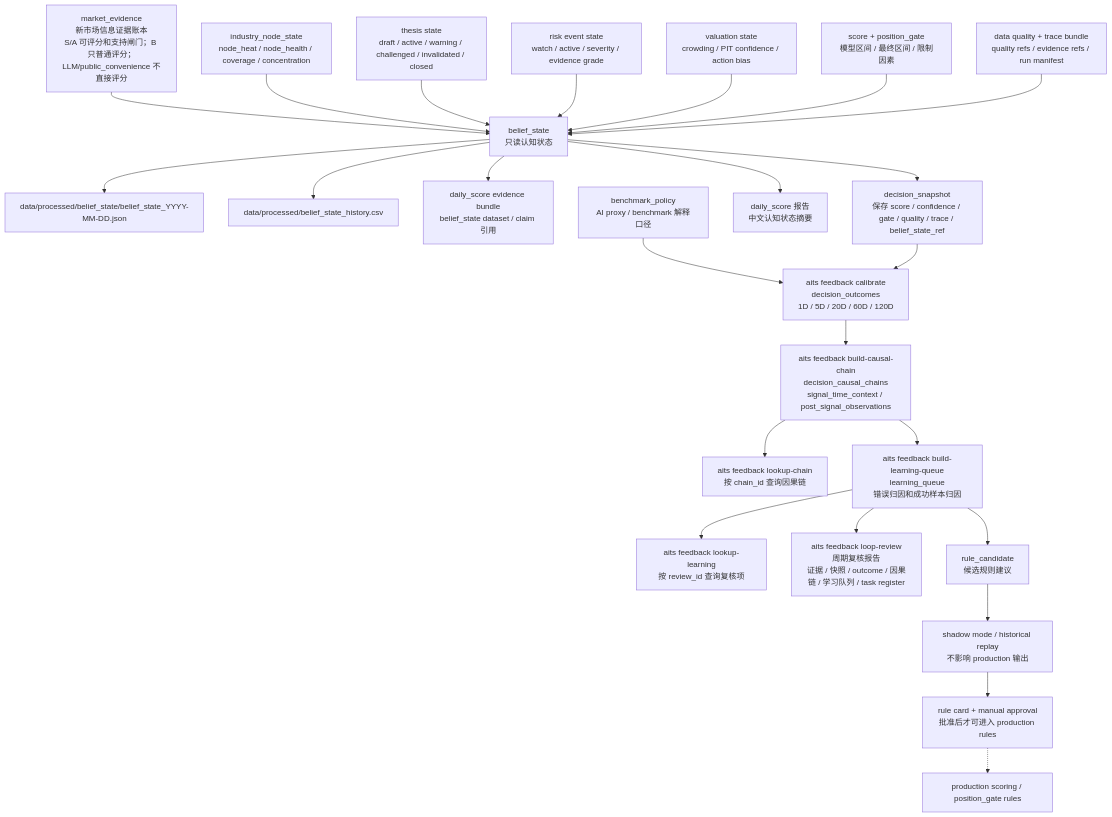
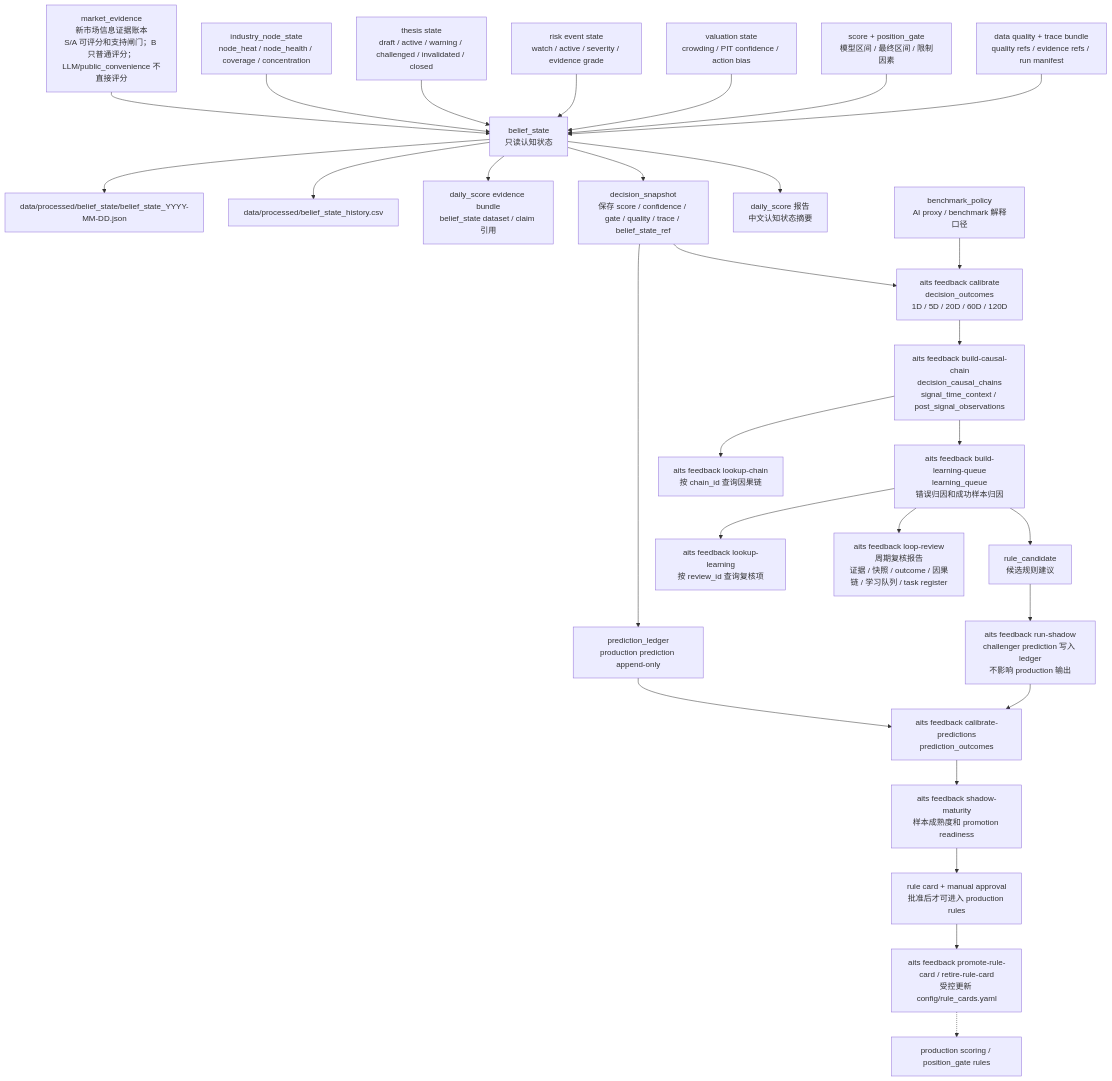
The fifth of 6 diagrams in docs/system_flow.md (AI-Trading-Collaboration/AITradingSystem), drawn with Mermaid before and after one commit. The commit also changed other lines of this file and 13 other files, not shown here.

Commit message:
feat: complete PIT shadow promotion workflow

````diff
--- a/docs/system_flow.md
+++ b/docs/system_flow.md
@@ -896,29 +901,34 @@
 ```mermaid
 flowchart TD
     E0["market_evidence<br/>新市场信息证据账本<br/>S/A 可评分和支持闸门；B 只普通评分；LLM/public_convenience 不直接评分"] --> B0["belief_state<br/>只读认知状态"]
     C0["industry_node_state<br/>node_heat / node_health / coverage / concentration"] --> B0
     T0["thesis state<br/>draft / active / warning / challenged / invalidated / closed"] --> B0
     R0["risk event state<br/>watch / active / severity / evidence grade"] --> B0
     V0["valuation state<br/>crowding / PIT confidence / action bias"] --> B0
     S0["score + position_gate<br/>模型区间 / 最终区间 / 限制因素"] --> B0
     Q0["data quality + trace bundle<br/>quality refs / evidence refs / run manifest"] --> B0
 
     B0 --> B1["data/processed/belief_state/belief_state_YYYY-MM-DD.json"]
     B0 --> B2["data/processed/belief_state_history.csv"]
     B0 --> B3["daily_score evidence bundle<br/>belief_state dataset / claim 引用"]
     B0 --> D0["decision_snapshot<br/>保存 score / confidence / gate / quality / trace / belief_state_ref"]
+    D0 --> PL0["prediction_ledger<br/>production prediction append-only"]
     B0 --> RPT["daily_score 报告<br/>中文认知状态摘要"]
 
     BPX["benchmark_policy<br/>AI proxy / benchmark 解释口径"] --> O0
     D0 --> O0["aits feedback calibrate<br/>decision_outcomes<br/>1D / 5D / 20D / 60D / 120D"]
+    PL0 --> PO0["aits feedback calibrate-predictions<br/>prediction_outcomes"]
     O0 --> CA0["aits feedback build-causal-chain<br/>decision_causal_chains<br/>signal_time_context / post_signal_observations"]
     CA0 --> CAQ["aits feedback lookup-chain<br/>按 chain_id 查询因果链"]
     CA0 --> L0["aits feedback build-learning-queue<br/>learning_queue<br/>错误归因和成功样本归因"]
     L0 --> LQ["aits feedback lookup-learning<br/>按 review_id 查询复核项"]
     L0 --> LR0["aits feedback loop-review<br/>周期复核报告<br/>证据 / 快照 / outcome / 因果链 / 学习队列 / task register"]
     L0 --> RC0["rule_candidate<br/>候选规则建议"]
-    RC0 --> SH0["shadow mode / historical replay<br/>不影响 production 输出"]
-    SH0 --> GOV0["rule card + manual approval<br/>批准后才可进入 production rules"]
+    RC0 --> SH0["aits feedback run-shadow<br/>challenger prediction 写入 ledger<br/>不影响 production 输出"]
+    SH0 --> PO0
+    PO0 --> SM0["aits feedback shadow-maturity<br/>样本成熟度和 promotion readiness"]
+    SM0 --> GOV0["rule card + manual approval<br/>批准后才可进入 production rules"]
+    GOV0 --> GOV1["aits feedback promote-rule-card / retire-rule-card<br/>受控更新 config/rule_cards.yaml"]
 
-    GOV0 -.-> PROD0["production scoring / position_gate rules"]
+    GOV1 -.-> PROD0["production scoring / position_gate rules"]
 ```
````
